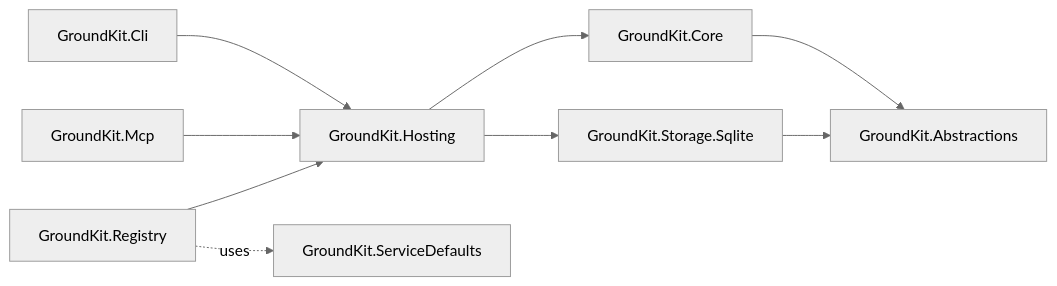
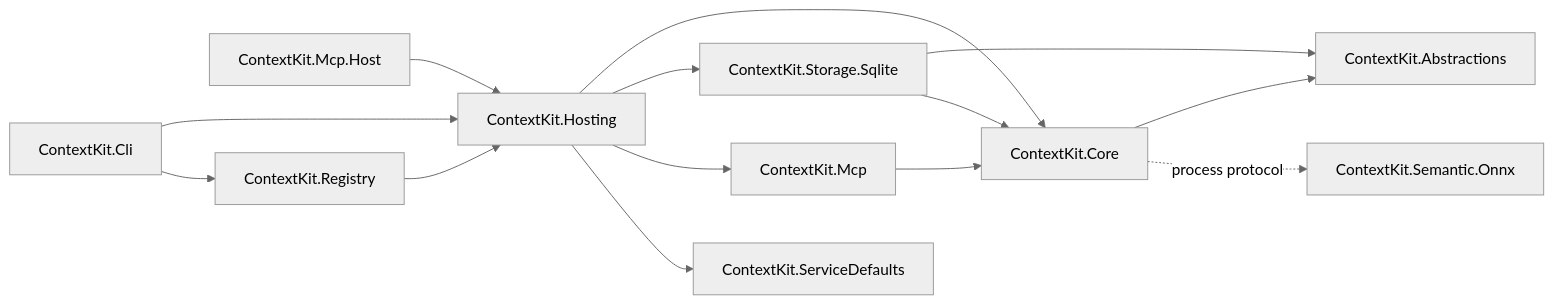
Before and after one commit to mehdihadeli/ContextKit: the first of 4 diagrams in docs/guide/architecture.md, drawn with Mermaid (neutral theme). The commit also changed other lines of this file and 204 other files, not shown here.

````diff
--- a/docs/guide/architecture.md
+++ b/docs/guide/architecture.md
@@ -24,20 +26,27 @@
 ```mermaid
 flowchart LR
-  abstractions[GroundKit.Abstractions]
-  core[GroundKit.Core]
-  storage[GroundKit.Storage.Sqlite]
-  hosting[GroundKit.Hosting]
-  cli[GroundKit.Cli]
-  mcp[GroundKit.Mcp]
-  registry[GroundKit.Registry]
-  defaults[GroundKit.ServiceDefaults]
+  abstractions[ContextKit.Abstractions]
+  core[ContextKit.Core]
+  storage[ContextKit.Storage.Sqlite]
+  hosting[ContextKit.Hosting]
+  cli[ContextKit.Cli]
+  mcp[ContextKit.Mcp]
+  mcphost[ContextKit.Mcp.Host]
+  registry[ContextKit.Registry]
+  defaults[ContextKit.ServiceDefaults]
+  worker[ContextKit.Semantic.Onnx]
 
   core --> abstractions
   storage --> abstractions
+  storage --> core
   hosting --> core
   hosting --> storage
+  hosting --> mcp
+  hosting --> defaults
   cli --> hosting
-  mcp --> hosting
+  cli --> registry
+  mcp --> core
+  mcphost --> hosting
   registry --> hosting
-  registry -. uses .-> defaults
+  core -. process protocol .-> worker
 ```
````
